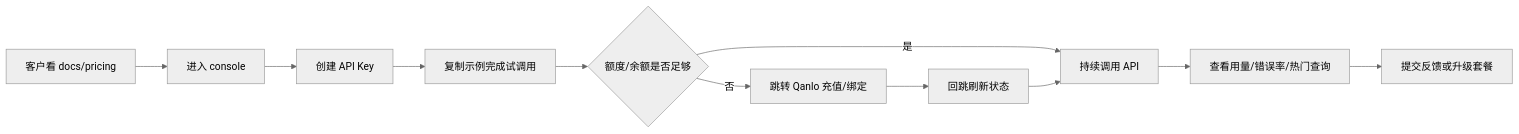
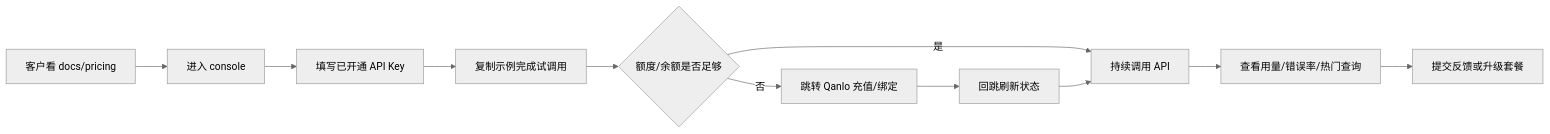
Before and after one commit to harrychin-cn/chinese-poetry-api: the third of 4 diagrams in docs/development-plan.md, drawn with Mermaid (neutral theme). The commit also changed other lines of this file and 12 other files, not shown here.

````diff
--- a/docs/development-plan.md
+++ b/docs/development-plan.md
@@ -541,13 +541,13 @@
 ```mermaid
 flowchart LR
   A[客户看 docs/pricing] --> B[进入 console]
-  B --> C[创建 API Key]
+  B --> C[填写已开通 API Key]
   C --> D[复制示例完成试调用]
   D --> E{额度/余额是否足够}
   E -- 是 --> F[持续调用 API]
   E -- 否 --> G[跳转 Qanlo 充值/绑定]
   G --> H[回跳刷新状态]
   H --> F
   F --> I[查看用量/错误率/热门查询]
   I --> J[提交反馈或升级套餐]
 ```
````
